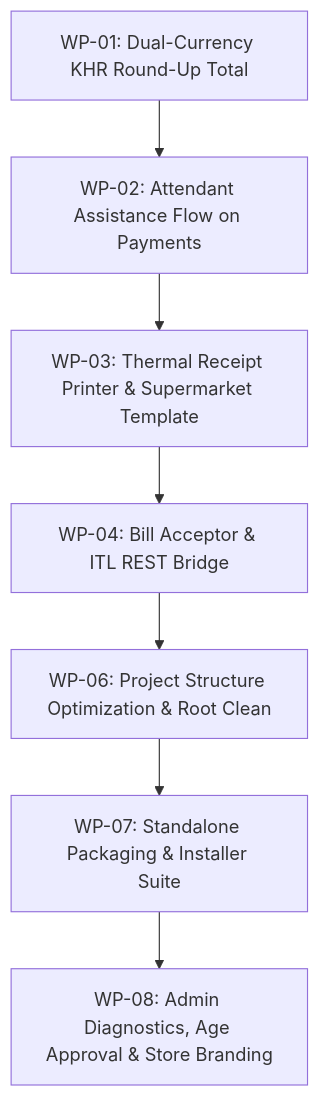
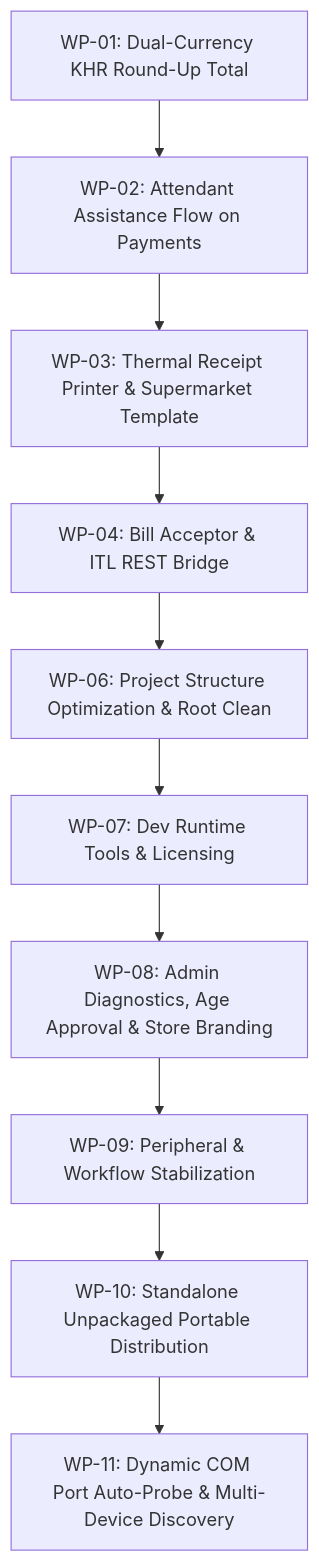
One commit to Thylyyong/testingCashRecycling changed the diagram in ENGINEERING_TASKS.md. Above: the diagram before and after it, drawn with Mermaid. The commit also changed other lines of this file and 70 other files, not shown here.

````diff
--- a/ENGINEERING_TASKS.md
+++ b/ENGINEERING_TASKS.md
@@ -176,9 +221,12 @@
 ```mermaid
 graph TD
     A["WP-01: Dual-Currency KHR Round-Up Total"] --> B["WP-02: Attendant Assistance Flow on Payments"]
     B --> C["WP-03: Thermal Receipt Printer & Supermarket Template"]
     C --> D["WP-04: Bill Acceptor & ITL REST Bridge"]
     D --> E["WP-06: Project Structure Optimization & Root Clean"]
-    E --> F["WP-07: Standalone Packaging & Installer Suite"]
+    E --> F["WP-07: Dev Runtime Tools & Licensing"]
     F --> G["WP-08: Admin Diagnostics, Age Approval & Store Branding"]
+    G --> H["WP-09: Peripheral & Workflow Stabilization"]
+    H --> I["WP-10: Standalone Unpackaged Portable Distribution"]
+    I --> J["WP-11: Dynamic COM Port Auto-Probe & Multi-Device Discovery"]
 ```
````
